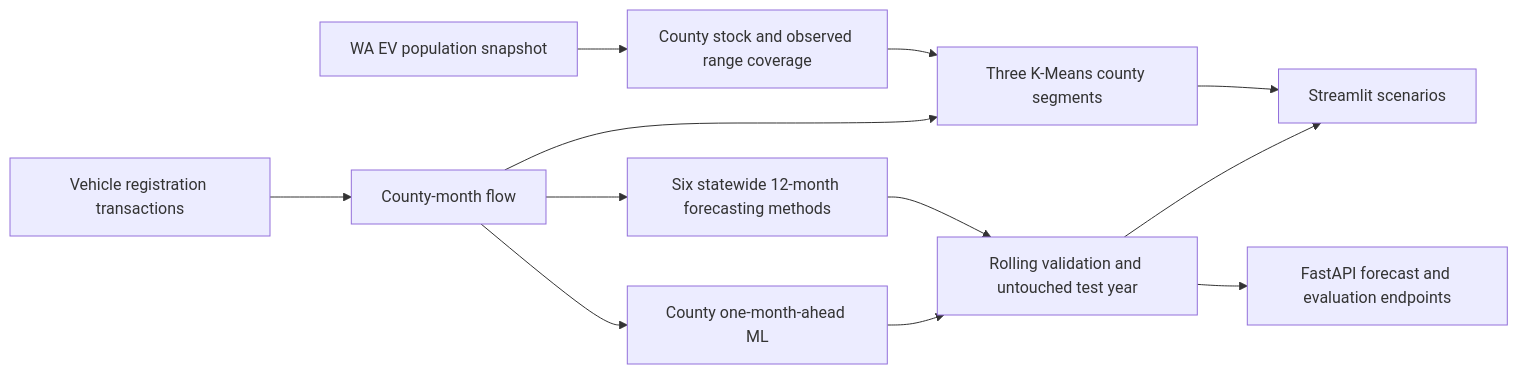
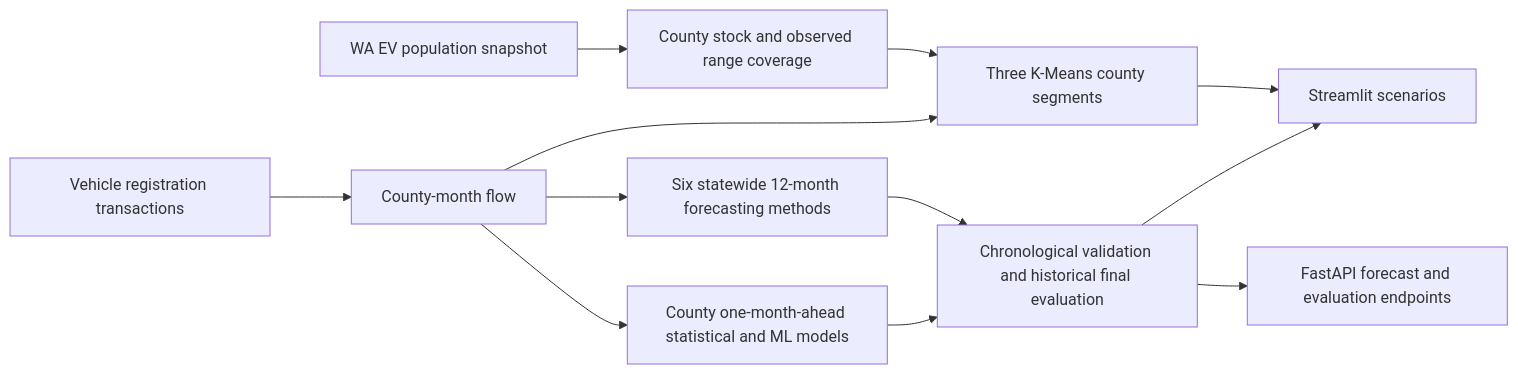
One commit to cr-shah/chargeforward-ev-analytics changed the diagram in README.md. Above: the diagram before and after it, drawn with Mermaid. The commit also changed other lines of this file and 38 other files, not shown here.

Commit message:
Add count models and rigorous county diagnostics

````diff
--- a/README.md
+++ b/README.md
@@ -28,14 +30,14 @@
 ```mermaid
 flowchart LR
     A[WA EV population snapshot] --> B[County stock and observed range coverage]
     C[Vehicle registration transactions] --> D[County-month flow]
     B --> E[Three K-Means county segments]
     D --> E
     D --> F[Six statewide 12-month forecasting methods]
-    D --> G[County one-month-ahead ML]
-    F --> H[Rolling validation and untouched test year]
+    D --> G[County one-month-ahead statistical and ML models]
+    F --> H[Chronological validation and historical final evaluation]
     G --> H
     E --> I[Streamlit scenarios]
     H --> I
     H --> J[FastAPI forecast and evaluation endpoints]
 ```
````
